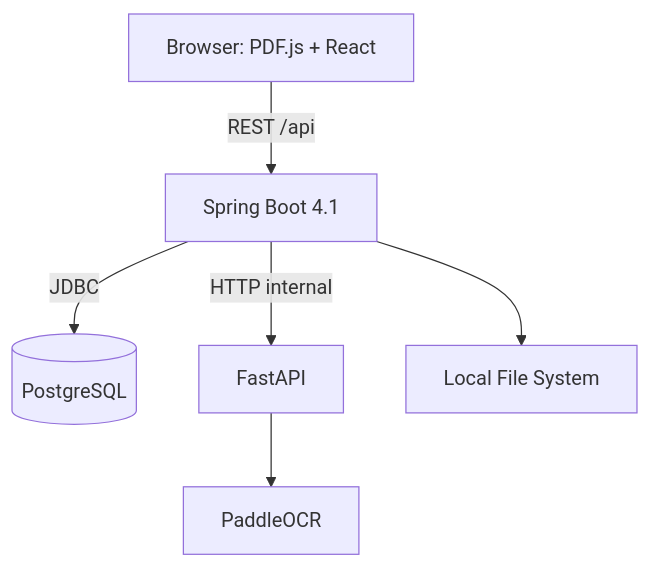
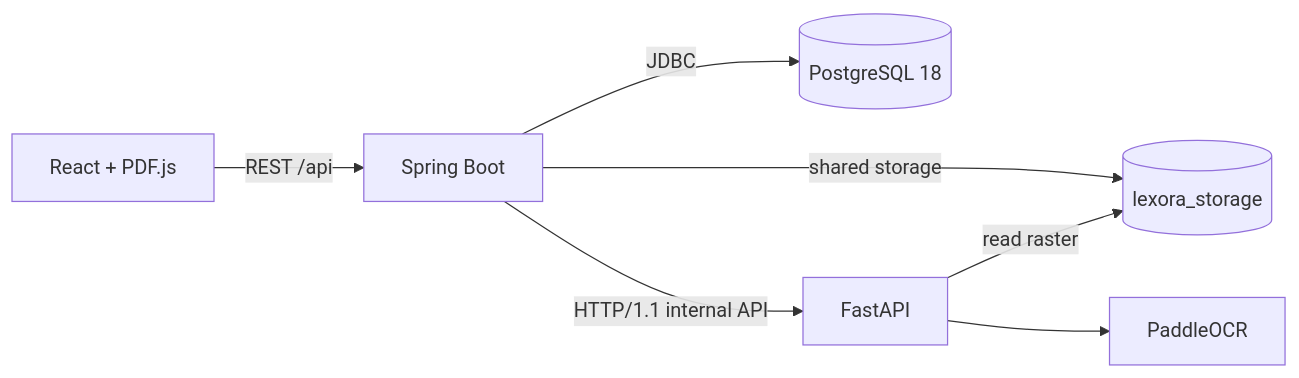
One commit to darroyo083/Lexora changed the diagram in docs/architecture.md. Above: the diagram before and after it, drawn with Mermaid. The commit also changed other lines of this file and 3 other files, not shown here.

````diff
--- a/docs/architecture.md
+++ b/docs/architecture.md
@@ -5,8 +7,9 @@
 ```mermaid
-graph TD
-    Browser[Browser: PDF.js + React] -->|REST /api| Spring[Spring Boot 4.1]
-    Spring -->|JDBC| PG[(PostgreSQL)]
-    Spring -->|HTTP internal| FastAPI[FastAPI]
-    FastAPI --> Paddle[PaddleOCR]
-    Spring --> FS[Local File System]
+flowchart LR
+    Browser[React + PDF.js] -->|REST /api| Backend[Spring Boot]
+    Backend -->|JDBC| Postgres[(PostgreSQL 18)]
+    Backend -->|shared storage| Storage[(lexora_storage)]
+    Backend -->|HTTP/1.1 internal API| AI[FastAPI]
+    AI -->|read raster| Storage
+    AI --> Paddle[PaddleOCR]
 ```
````
